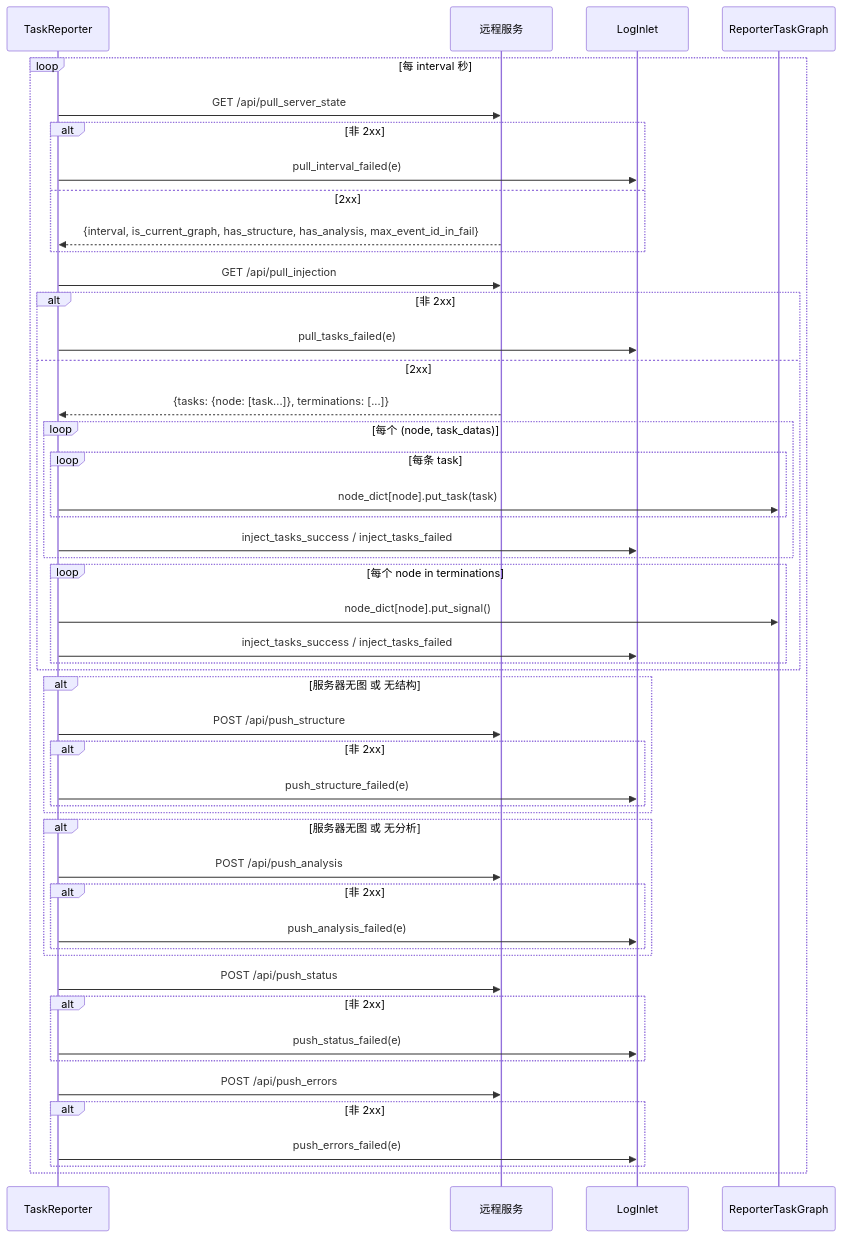
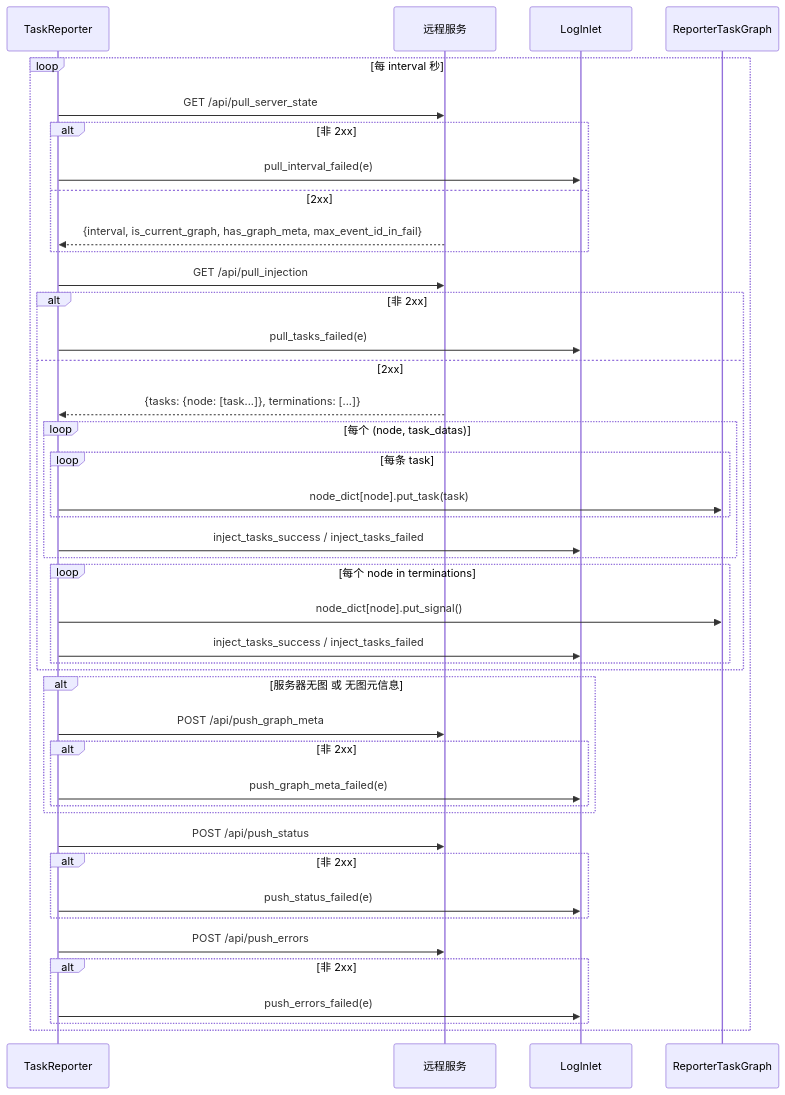
Before and after one commit to Mr-xiaotian/CelestialFlow: the second of 2 diagrams in docs/zh-CN/src/observability/core_report.md, drawn with Mermaid. The commit also changed other lines of this file and 100 other files, not shown here.

````diff
--- a/docs/zh-CN/src/observability/core_report.md
+++ b/docs/zh-CN/src/observability/core_report.md
@@ -313,55 +306,49 @@
 ```mermaid
 sequenceDiagram
     participant R as TaskReporter
     participant S as 远程服务
     participant L as LogInlet
     participant G as ReporterTaskGraph
 
     loop 每 interval 秒
         R->>S: GET /api/pull_server_state
         alt 非 2xx
             R->>L: pull_interval_failed(e)
         else 2xx
-            S-->>R: {interval, is_current_graph, has_structure, has_analysis, max_event_id_in_fail}
+            S-->>R: {interval, is_current_graph, has_graph_meta, max_event_id_in_fail}
         end
 
         R->>S: GET /api/pull_injection
         alt 非 2xx
             R->>L: pull_tasks_failed(e)
         else 2xx
             S-->>R: {tasks: {node: [task...]}, terminations: [...]}
             loop 每个 (node, task_datas)
                 loop 每条 task
                     R->>G: node_dict[node].put_task(task)
                 end
                 R->>L: inject_tasks_success / inject_tasks_failed
             end
             loop 每个 node in terminations
                 R->>G: node_dict[node].put_signal()
                 R->>L: inject_tasks_success / inject_tasks_failed
             end
         end
 
-        alt 服务器无图 或 无结构
-            R->>S: POST /api/push_structure
+        alt 服务器无图 或 无图元信息
+            R->>S: POST /api/push_graph_meta
             alt 非 2xx
-                R->>L: push_structure_failed(e)
-            end
-        end
-        alt 服务器无图 或 无分析
-            R->>S: POST /api/push_analysis
-            alt 非 2xx
-                R->>L: push_analysis_failed(e)
+                R->>L: push_graph_meta_failed(e)
             end
         end
 
         R->>S: POST /api/push_status
         alt 非 2xx
             R->>L: push_status_failed(e)
         end
         R->>S: POST /api/push_errors
         alt 非 2xx
             R->>L: push_errors_failed(e)
         end
     end
 ```
````
